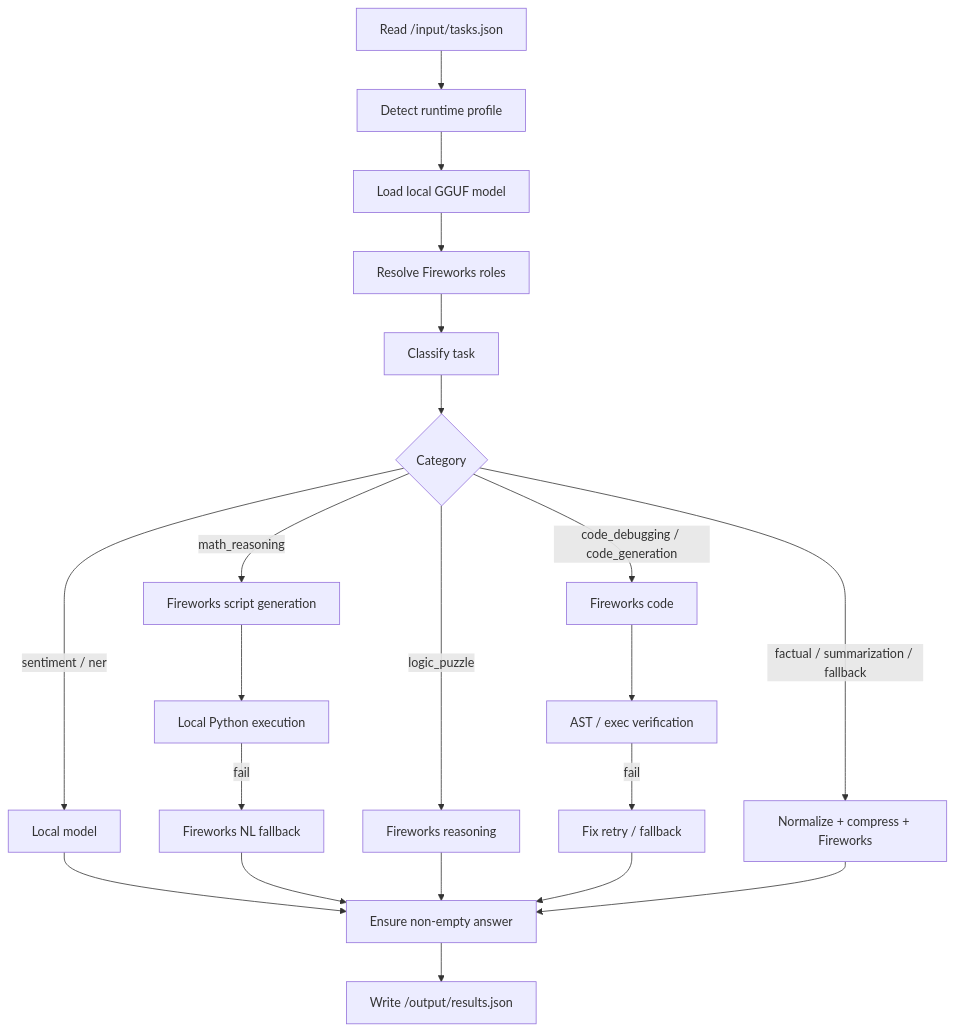
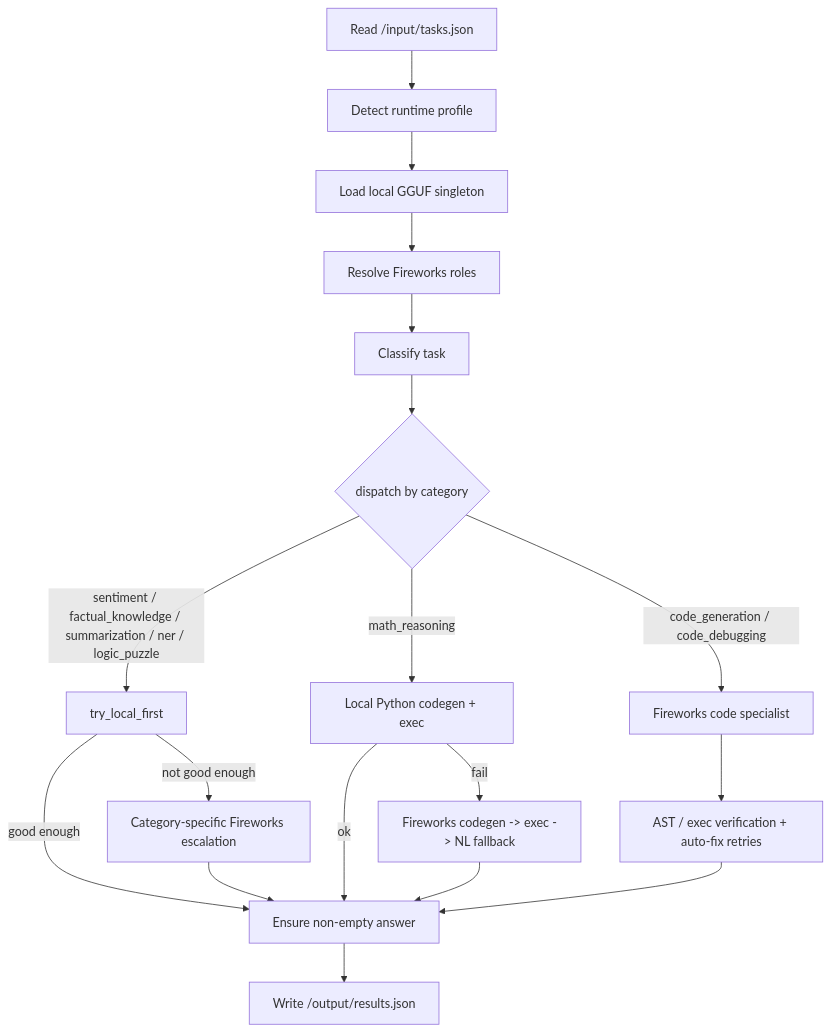
One commit to Marie-55/AMD-General-Purpose-AI-Agent changed the diagram in ARCHITECTURE.md. Above: the diagram before and after it, drawn with Mermaid. The commit also changed other lines of this file and 50 other files, not shown here.

````diff
--- a/ARCHITECTURE.md
+++ b/ARCHITECTURE.md
@@ -584,25 +113,24 @@
 ```mermaid
 flowchart TD
     A[Read /input/tasks.json] --> B[Detect runtime profile]
-    B --> C[Load local GGUF model]
+    B --> C[Load local GGUF singleton]
     C --> D[Resolve Fireworks roles]
     D --> E[Classify task]
-    E --> F{Category}
+    E --> F{dispatch by category}
 
-    F -->|sentiment / ner| G[Local model]
-    F -->|math_reasoning| H[Fireworks script generation]
-    H --> I[Local Python execution]
-    I -->|fail| J[Fireworks NL fallback]
-    F -->|logic_puzzle| K[Fireworks reasoning]
-    F -->|code_debugging / code_generation| L[Fireworks code]
-    L --> M[AST / exec verification]
-    M -->|fail| N[Fix retry / fallback]
-    F -->|factual / summarization / fallback| O[Normalize + compress + Fireworks]
+    F -->|sentiment / factual_knowledge / summarization / ner / logic_puzzle| G[try_local_first]
+    G -->|good enough| R[Ensure non-empty answer]
+    G -->|not good enough| H[Category-specific Fireworks escalation]
+    H --> R
 
-    G --> P[Ensure non-empty answer]
-    J --> P
-    K --> P
-    N --> P
-    O --> P
-    P --> Q[Write /output/results.json]
+    F -->|math_reasoning| I[Local Python codegen + exec]
+    I -->|fail| J[Fireworks codegen -> exec -> NL fallback]
+    I -->|ok| R
+    J --> R
+
+    F -->|code_generation / code_debugging| K[Fireworks code specialist]
+    K --> L[AST / exec verification + auto-fix retries]
+    L --> R
+
+    R --> S[Write /output/results.json]
 ```
````
